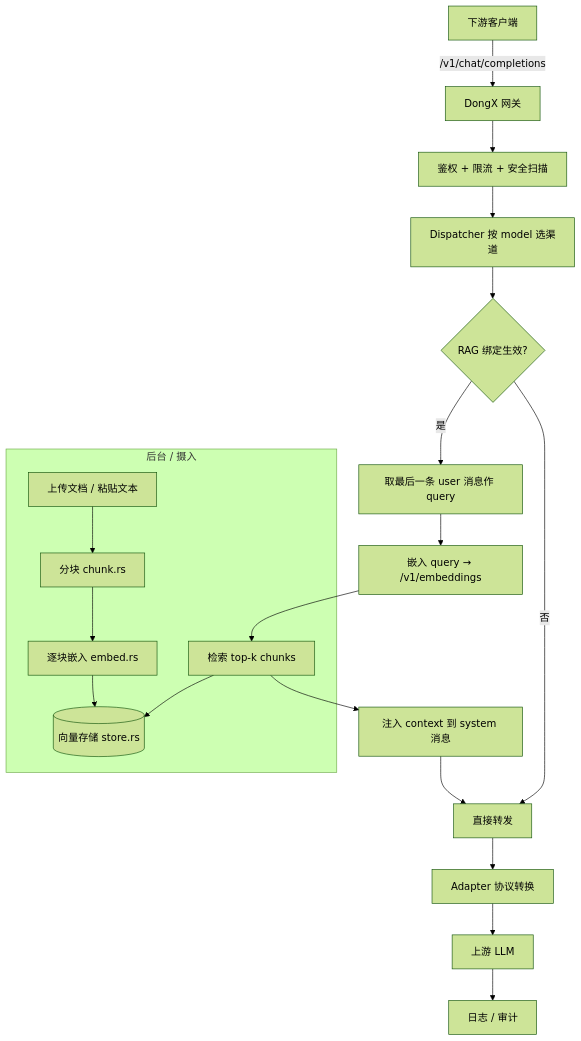
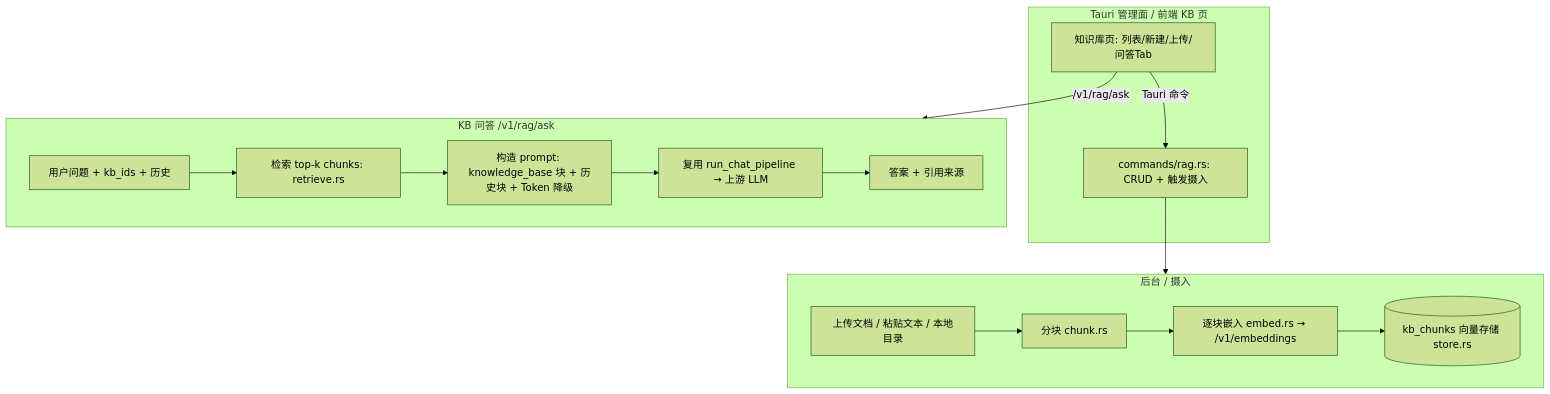
One commit to EternalDung/DongX-API changed the diagram in docs/rag-architecture.md. Above: the diagram before and after it, drawn with Mermaid (forest theme). The commit also changed other lines of this file and 27 other files, not shown here.

````diff
--- a/docs/rag-architecture.md
+++ b/docs/rag-architecture.md
@@ -42,23 +44,23 @@
 ```mermaid
 flowchart TD
-    Client[下游客户端] -->|/v1/chat/completions| GW[DongX 网关]
-    GW --> AUTH[鉴权 + 限流 + 安全扫描]
-    AUTH --> DISP[Dispatcher 按 model 选渠道]
-    DISP --> RAG{RAG 绑定生效?}
-    RAG -->|否| FWD[直接转发]
-    RAG -->|是| QRY[取最后一条 user 消息作 query]
-    QRY --> EMBED[嵌入 query → /v1/embeddings]
-    EMBED --> RET[检索 top-k chunks]
-    RET --> INJ[注入 context 到 system 消息]
-    INJ --> FWD
-    FWD --> ADAPT[Adapter 协议转换]
-    ADAPT --> UP[上游 LLM]
-    UP --> LOG[日志 / 审计]
+    subgraph 管理面[Tauri 管理面 / 前端 KB 页]
+        KBUI[知识库页: 列表/新建/上传/问答Tab]
+        KBUI -->|Tauri 命令| MGR[commands/rag.rs: CRUD + 触发摄入]
+    end
 
-    subgraph RAG 管线 [后台 / 摄入]
-        UPLOAD[上传文档 / 粘贴文本] --> CHUNK[分块 chunk.rs]
-        CHUNK --> DOCEMB[逐块嵌入 embed.rs]
-        DOCEMB --> STORE[(向量存储 store.rs)]
-        RET --> STORE
+    subgraph 摄入管线[后台 / 摄入]
+        UPLOAD[上传文档 / 粘贴文本 / 本地目录] --> CHUNK[分块 chunk.rs]
+        CHUNK --> DOCEMB[逐块嵌入 embed.rs → /v1/embeddings]
+        DOCEMB --> STORE[(kb_chunks 向量存储 store.rs)]
     end
+
+    subgraph 问答[KB 问答 /v1/rag/ask]
+        Q[用户问题 + kb_ids + 历史] --> RET[检索 top-k chunks: retrieve.rs]
+        RET --> BUILD[构造 prompt: knowledge_base 块 + 历史块 + Token 降级]
+        BUILD --> CHAT[复用 run_chat_pipeline → 上游 LLM]
+        CHAT --> ANS[答案 + 引用来源]
+    end
+
+    MGR --> 摄入管线
+    KBUI -->|/v1/rag/ask| 问答
 ```
````
